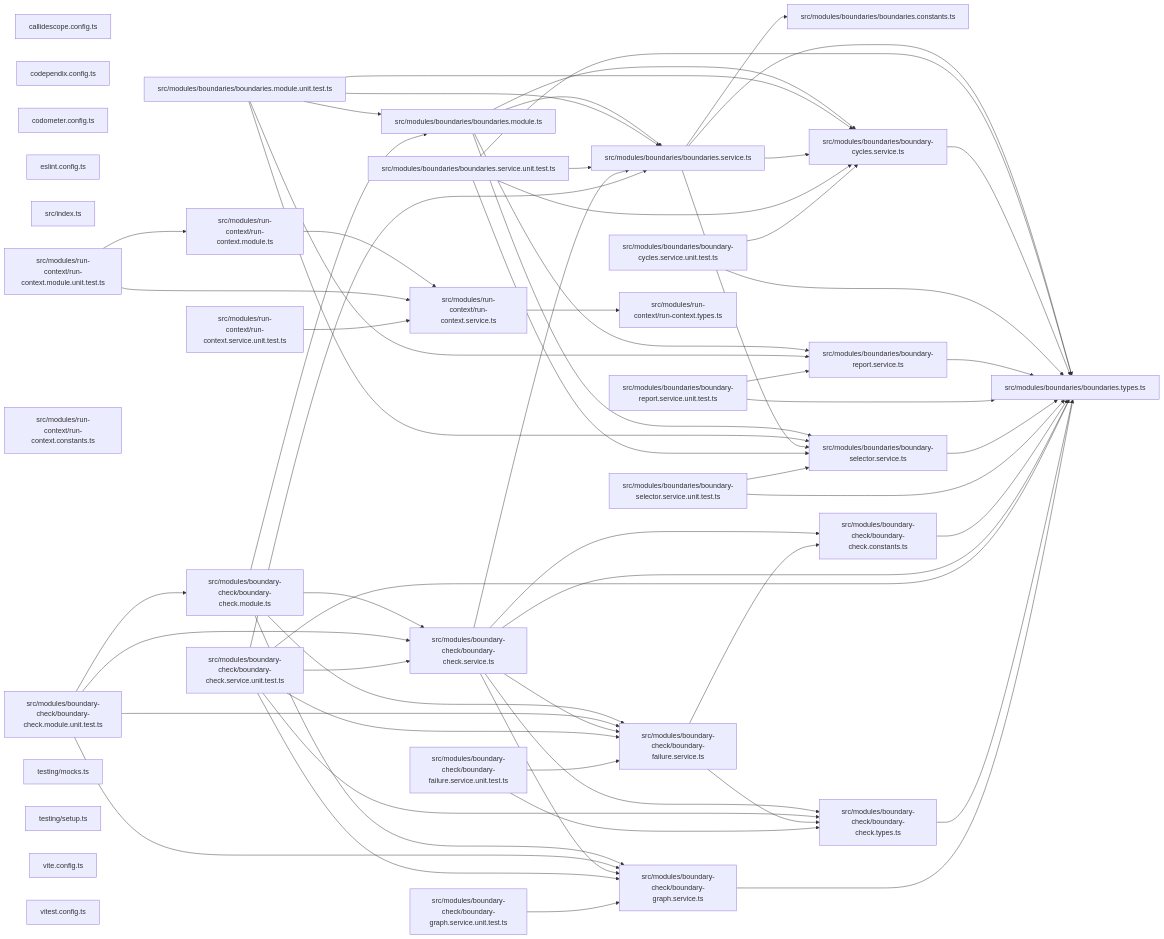
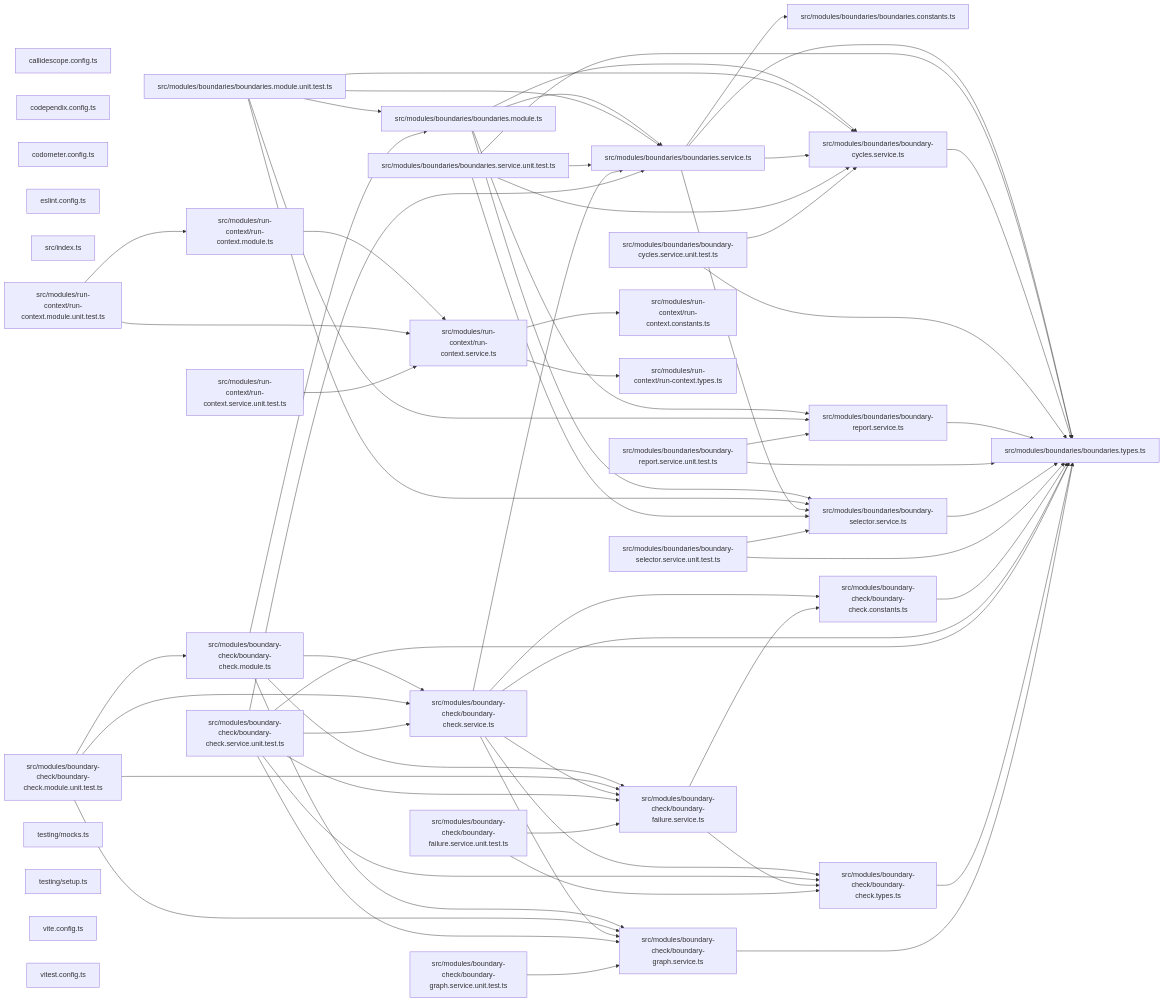
One commit to Organizzolini/codebase changed the third of 3 diagrams in packages/ic-suite/codependix/codependix-boundaries/README.md. Above: the diagram before and after it, drawn with Mermaid. The commit also changed 6 other files, not shown here.

````diff
--- a/packages/ic-suite/codependix/codependix-boundaries/README.md
+++ b/packages/ic-suite/codependix/codependix-boundaries/README.md
@@ -305,6 +305,7 @@
   file_src_modules_run_context_run_context_module_ts --> file_src_modules_run_context_run_context_service_ts
   file_src_modules_run_context_run_context_module_unit_test_ts --> file_src_modules_run_context_run_context_module_ts
   file_src_modules_run_context_run_context_module_unit_test_ts --> file_src_modules_run_context_run_context_service_ts
+  file_src_modules_run_context_run_context_service_ts --> file_src_modules_run_context_run_context_constants_ts
   file_src_modules_run_context_run_context_service_ts --> file_src_modules_run_context_run_context_types_ts
   file_src_modules_run_context_run_context_service_unit_test_ts --> file_src_modules_run_context_run_context_service_ts
 ```
````
